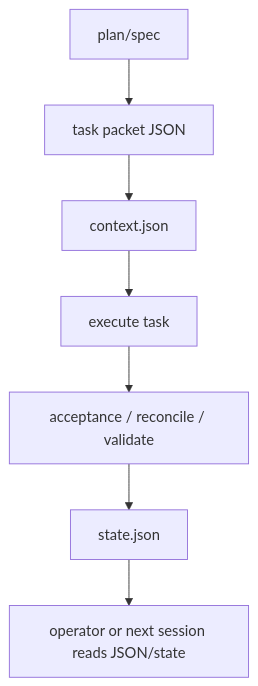
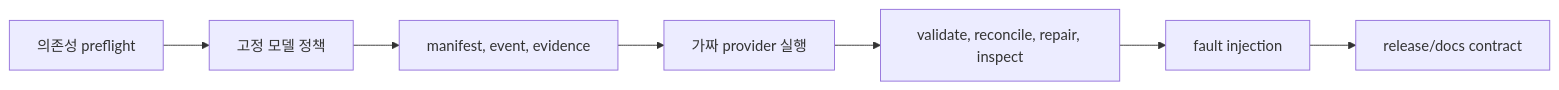
Before and after one commit to beyondwin/Archive: the diagram in skills/kws-codex-plan-executor/docs/human-readable-harness-flow.ko.md, drawn with Mermaid. The commit also changed other lines of this file and 78 other files, not shown here.

````diff
--- a/skills/kws-codex-plan-executor/docs/human-readable-harness-flow.ko.md
+++ b/skills/kws-codex-plan-executor/docs/human-readable-harness-flow.ko.md
@@ -213,9 +6,9 @@
 ```mermaid
-flowchart TD
-  Plan["plan/spec"] --> PacketJson["task packet JSON"]
-  PacketJson --> Context["context.json"]
-  Context --> Execute["execute task"]
-  Execute --> Verify["acceptance / reconcile / validate"]
-  Verify --> State["state.json"]
-  State --> Handoff["operator or next session reads JSON/state"]
+flowchart LR
+  Dependency["의존성 preflight"] --> Policy["고정 모델 정책"]
+  Policy --> Store["manifest, event, evidence"]
+  Store --> Execute["가짜 provider 실행"]
+  Execute --> Consumers["validate, reconcile, repair, inspect"]
+  Consumers --> Fault["fault injection"]
+  Fault --> Release["release/docs contract"]
 ```
````
